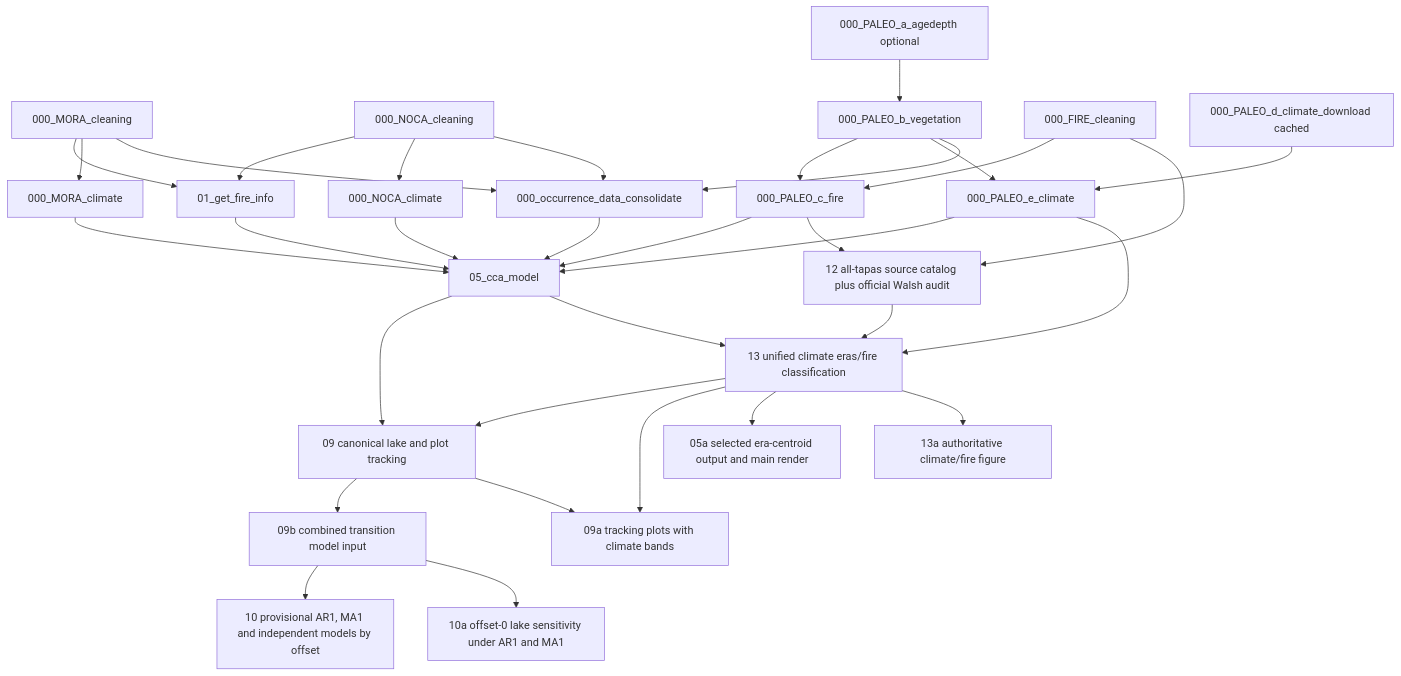
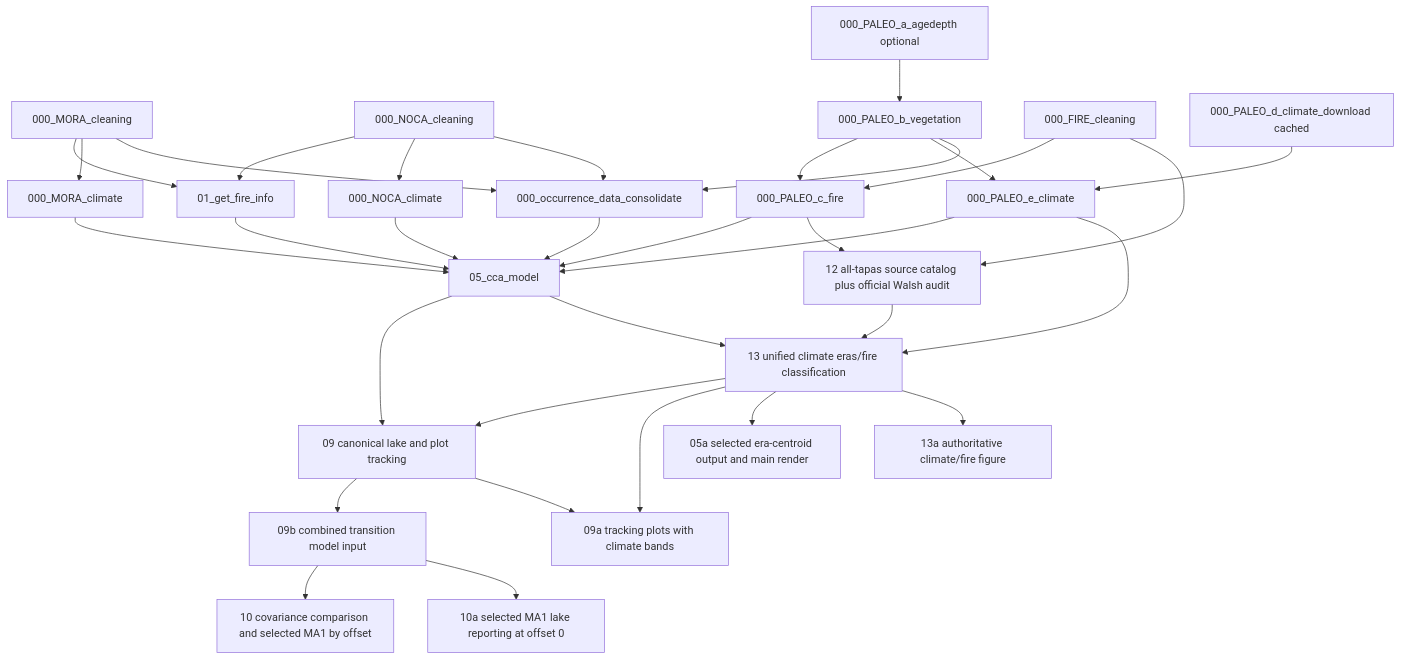
The diagram in docs/WORKFLOW.md (billurbektas/PaleoACES), drawn with Mermaid before and after one commit. The commit also changed other lines of this file and 39 other files, not shown here.

````diff
--- a/docs/WORKFLOW.md
+++ b/docs/WORKFLOW.md
@@ -74,35 +74,35 @@
 ```mermaid
 flowchart TD
   MV[000_MORA_cleaning] --> AF[01_get_fire_info]
   NV[000_NOCA_cleaning] --> AF
   MV --> MC[000_MORA_climate]
   NV --> NC[000_NOCA_climate]
   BA[000_PALEO_a_agedepth optional] --> PV[000_PALEO_b_vegetation]
   FW[000_FIRE_cleaning] --> PF[000_PALEO_c_fire]
   PV --> PF
   PD[000_PALEO_d_climate_download cached] --> PE[000_PALEO_e_climate]
   PV --> PE
   MV --> OC[000_occurrence_data_consolidate]
   NV --> OC
   PV --> OC
   OC --> CCA[05_cca_model]
   MC --> CCA
   NC --> CCA
   PE --> CCA
   AF --> CCA
   PF --> CCA
   CCA --> TM1[09 canonical lake and plot tracking]
   FW --> WR[12 all-tapas source catalog plus official Walsh audit]
   PF --> WR
   CCA --> ER[13 unified climate eras/fire classification]
   ER --> TM1
   TM1 --> MD[09b combined transition model input]
-  MD --> GLS[10 provisional AR1, MA1 and independent models by offset]
-  MD --> LS[10a offset-0 lake sensitivity under AR1 and MA1]
+  MD --> GLS[10 covariance comparison and selected MA1 by offset]
+  MD --> LS[10a selected MA1 lake reporting at offset 0]
   TM1 --> TV[09a tracking plots with climate bands]
   ER --> TV
   PE --> ER
   WR --> ER
   ER --> CA[05a selected era-centroid output and main render]
   ER --> CF[13a authoritative climate/fire figure]
 ```
````
